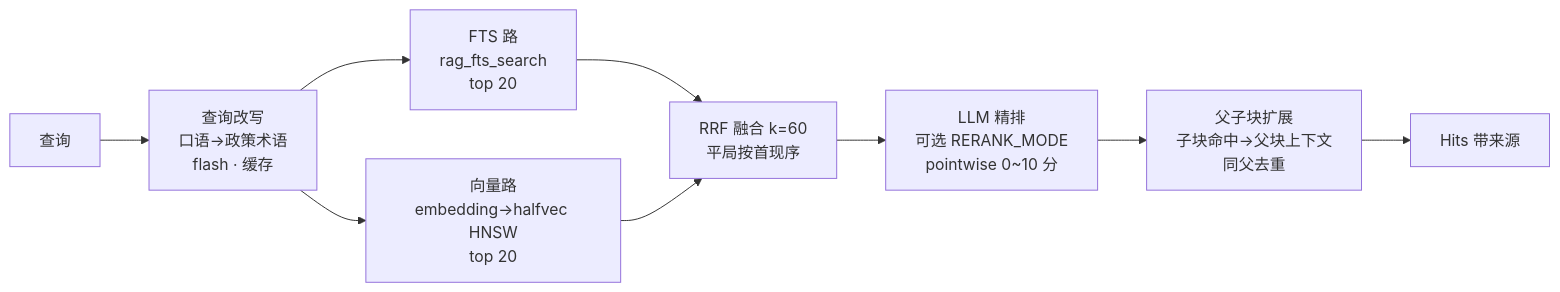
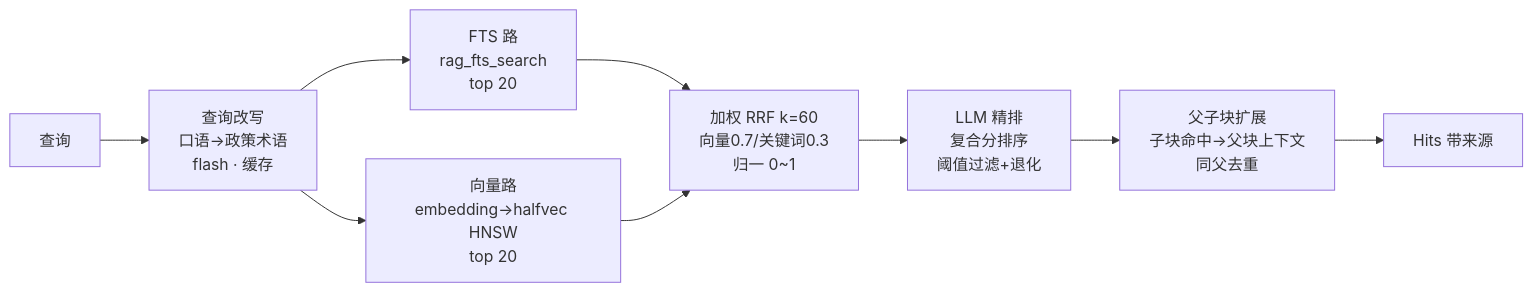
The first of 2 diagrams in docs/architecture/04-rag-retrieval.md (Thekshy/gewu), drawn with Mermaid before and after one commit. The commit also changed other lines of this file and 32 other files, not shown here.

````diff
--- a/docs/architecture/04-rag-retrieval.md
+++ b/docs/architecture/04-rag-retrieval.md
@@ -9,10 +7,10 @@
 ```mermaid
 flowchart LR
     Q[查询] --> RW[查询改写<br/>口语→政策术语<br/>flash · 缓存]
     RW --> FTS[FTS 路<br/>rag_fts_search<br/>top 20]
     RW --> VEC[向量路<br/>embedding→halfvec HNSW<br/>top 20]
-    FTS & VEC --> RRF[RRF 融合 k=60<br/>平局按首现序]
-    RRF --> RR[LLM 精排<br/>可选 RERANK_MODE<br/>pointwise 0~10 分]
+    FTS & VEC --> RRF[加权 RRF k=60<br/>向量0.7/关键词0.3<br/>归一 0~1]
+    RRF --> RR[LLM 精排<br/>复合分排序<br/>阈值过滤+退化]
     RR --> PE[父子块扩展<br/>子块命中→父块上下文<br/>同父去重]
     PE --> H[Hits 带来源]
 ```
````
